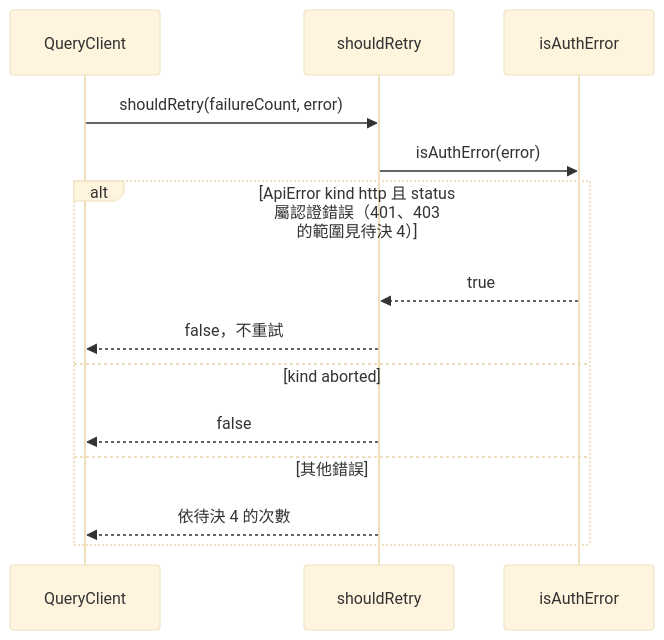
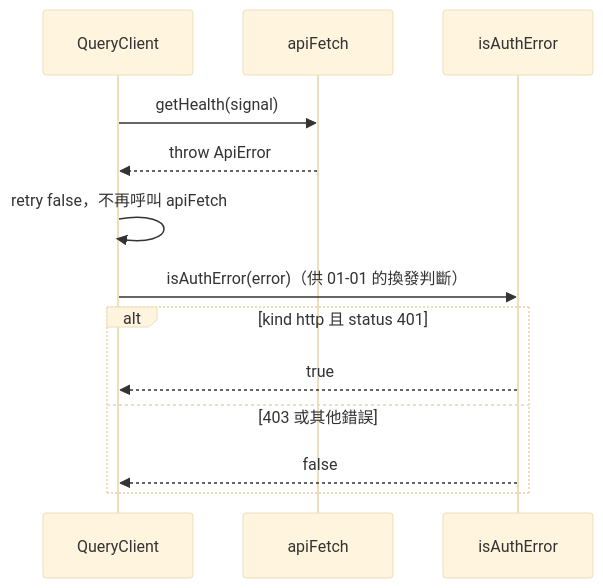
The ninth of 14 diagrams in openspec/changes/frontend-skeleton/system-design.md (label-suite/label-suite), drawn with Mermaid (base theme) before and after one commit. The commit also changed other lines of this file and 4 other files, not shown here.

````diff
--- a/openspec/changes/frontend-skeleton/system-design.md
+++ b/openspec/changes/frontend-skeleton/system-design.md
@@ -641,16 +696,15 @@
 ```mermaid
 sequenceDiagram
   participant QC as QueryClient
-  participant Retry as shouldRetry
+  participant Mut as apiFetch
   participant Guard as isAuthError
-  QC->>Retry: shouldRetry(failureCount, error)
-  Retry->>Guard: isAuthError(error)
-  alt ApiError kind http 且 status 屬認證錯誤（401、403 的範圍見待決 4）
-    Guard-->>Retry: true
-    Retry-->>QC: false，不重試
-  else kind aborted
-    Retry-->>QC: false
-  else 其他錯誤
-    Retry-->>QC: 依待決 4 的次數
+  QC->>Mut: getHealth(signal)
+  Mut-->>QC: throw ApiError
+  QC->>QC: retry false，不再呼叫 apiFetch
+  QC->>Guard: isAuthError(error)（供 01-01 的換發判斷）
+  alt kind http 且 status 401
+    Guard-->>QC: true
+  else 403 或其他錯誤
+    Guard-->>QC: false
   end
 ```
````
